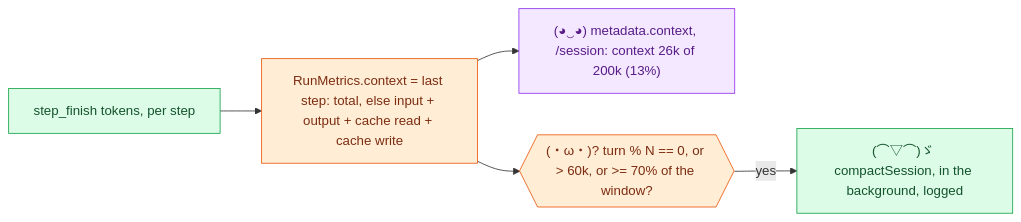
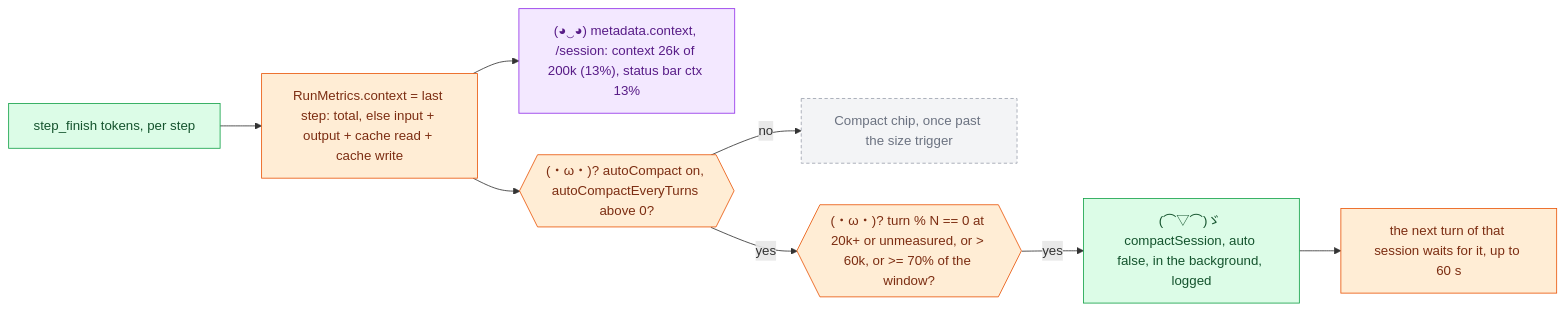
The fourth of 4 diagrams in docs/flow/07-lanes-chips-effort.md (Artsrun/oc-copilot), drawn with Mermaid before and after one commit. The commit also changed other lines of this file and 18 other files, not shown here.

First line of the commit message:
Docs: flow pages, README, AGENTS and notes brought up to 0.0.236

````diff
--- a/docs/flow/07-lanes-chips-effort.md
+++ b/docs/flow/07-lanes-chips-effort.md
@@ -119,11 +135,15 @@
 ```mermaid
 flowchart LR
   classDef bridge fill:#ffedd5,stroke:#ea580c,color:#7c2d12
   classDef oc fill:#dcfce7,stroke:#16a34a,color:#14532d
   classDef back fill:#f3e8ff,stroke:#9333ea,color:#581c87
+  classDef off fill:#f3f4f6,stroke:#9ca3af,color:#6b7280,stroke-dasharray: 4 3
 
   SF["step_finish tokens, per step"]:::oc --> LS["RunMetrics.context = last step: total, else input + output + cache read + cache write"]:::bridge
-  LS --> MD["(◕‿◕) metadata.context, /session: context 26k of 200k (13%)"]:::back
-  LS --> T{{"(・ω・)? turn % N == 0, or > 60k, or >= 70% of the window?"}}:::bridge
-  T -->|yes| AC["(⌒▽⌒)ゞ compactSession, in the background, logged"]:::oc
+  LS --> MD["(◕‿◕) metadata.context, /session: context 26k of 200k (13%), status bar ctx 13%"]:::back
+  LS --> B{{"(・ω・)? autoCompact on, autoCompactEveryTurns above 0?"}}:::bridge
+  B -->|no| CH["Compact chip, once past the size trigger"]:::off
+  B -->|yes| T{{"(・ω・)? turn % N == 0 at 20k+ or unmeasured, or > 60k, or >= 70% of the window?"}}:::bridge
+  T -->|yes| AC["(⌒▽⌒)ゞ compactSession, auto false, in the background, logged"]:::oc
+  AC --> W["the next turn of that session waits for it, up to 60 s"]:::bridge
 ```
````
